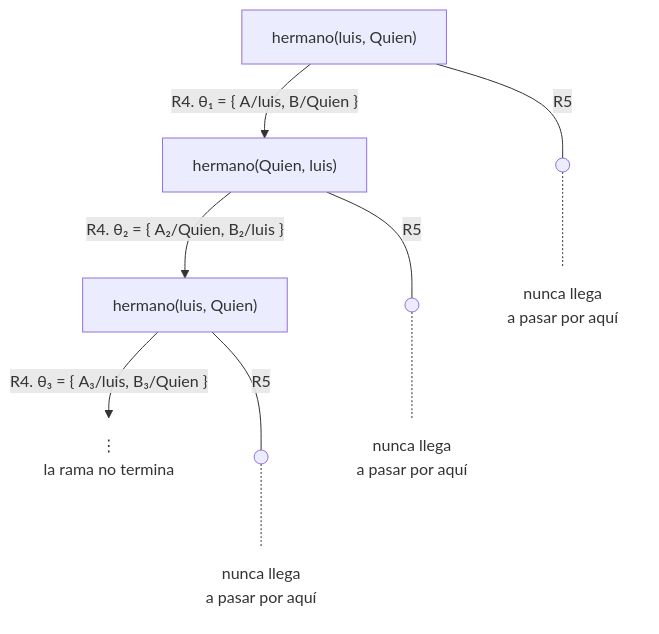
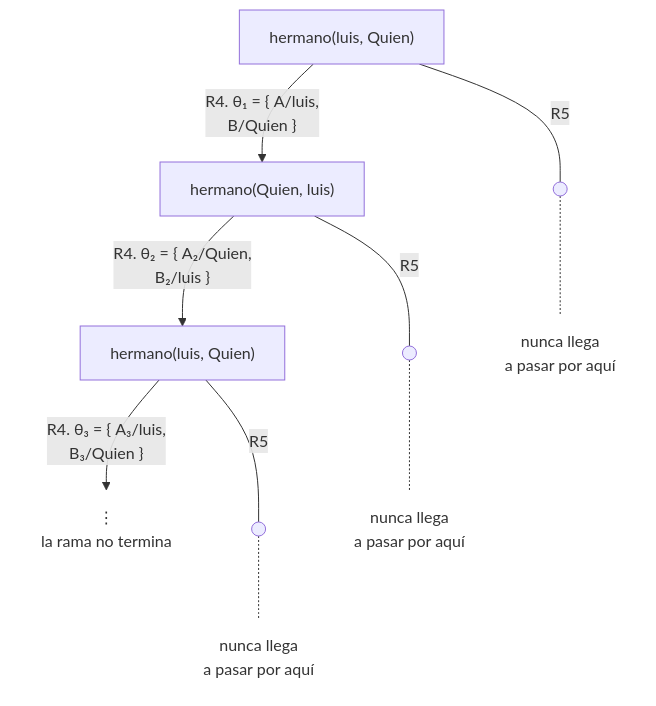
The fourth of 10 diagrams in docs/capitulo-05-como-responde-prolog/soluciones.md (CesarBallardini/curso-de-prolog), drawn with Mermaid before and after one commit. The commit also changed other lines of this file and 24 other files, not shown here.

First line of the commit message:
feat(docs): botones para ocultar las columnas laterales y etiquetas cortas en los diagramas

````diff
--- a/docs/capitulo-05-como-responde-prolog/soluciones.md
+++ b/docs/capitulo-05-como-responde-prolog/soluciones.md
@@ -153,11 +153,11 @@
 ```mermaid
 flowchart TD
-    A["hermano(luis, Quien)"] -- "R4. θ₁ = {&nbsp;A/luis, B/Quien&nbsp;}" --> B["hermano(Quien, luis)"]
-    B -- "R4. θ₂ = {&nbsp;A₂/Quien, B₂/luis&nbsp;}" --> C["hermano(luis, Quien)"]
-    C -- "R4. θ₃ = {&nbsp;A₃/luis, B₃/Quien&nbsp;}" --> D["⋮<br/>la rama no termina"]
+    A["hermano(luis, Quien)"] -- "R4. θ₁ = {&nbsp;A/luis,<br/>B/Quien&nbsp;}" --> B["hermano(Quien, luis)"]
+    B -- "R4. θ₂ = {&nbsp;A₂/Quien,<br/>B₂/luis&nbsp;}" --> C["hermano(luis, Quien)"]
+    C -- "R4. θ₃ = {&nbsp;A₃/luis,<br/>B₃/Quien&nbsp;}" --> D["⋮<br/>la rama no termina"]
     A -- "R5" --- pA@{ shape: sm-circ } -.- nA["nunca llega<br/>a pasar por aquí"]
     B -- "R5" --- pB@{ shape: sm-circ } -.- nB["nunca llega<br/>a pasar por aquí"]
     C -- "R5" --- pC@{ shape: sm-circ } -.- nC["nunca llega<br/>a pasar por aquí"]
     classDef abierto fill:none,stroke:none;
     class D,nA,nB,nC abierto;
 ```
````
